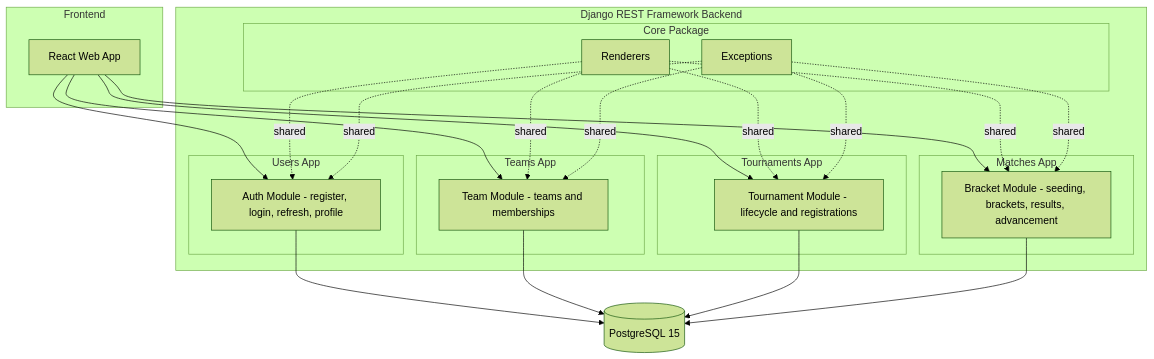
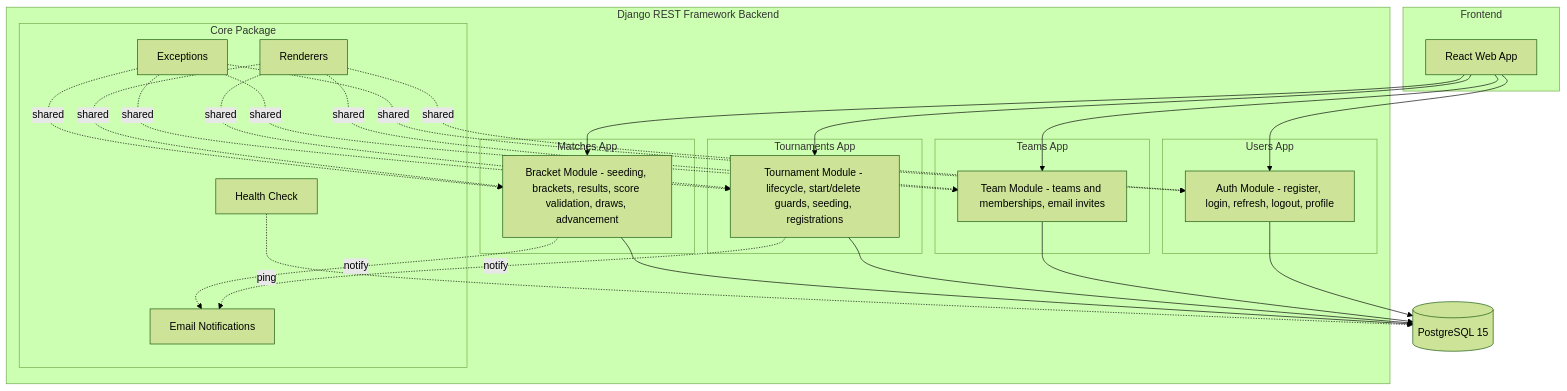
The diagram in docs/diagrams/module-diagram.md (GOWTHAM-MG-2006/esports-tournament-management-platform), drawn with Mermaid (forest theme) before and after one commit. The commit also changed other lines of this file and 5 other files, not shown here.

Commit message:
docs: refresh readme, changelog and architecture diagrams as-built

````diff
--- a/docs/diagrams/module-diagram.md
+++ b/docs/diagrams/module-diagram.md
@@ -3,44 +3,49 @@
 ```mermaid
 graph TB
     subgraph Frontend[Frontend]
         UI[React Web App]
     end
 
     subgraph Backend[Django REST Framework Backend]
         subgraph UsersApp[Users App]
-            Auth[Auth Module - register, login, refresh, profile]
+            Auth[Auth Module - register, login, refresh, logout, profile]
         end
         subgraph TeamsApp[Teams App]
-            TeamService[Team Module - teams and memberships]
+            TeamService[Team Module - teams and memberships, email invites]
         end
         subgraph TournamentsApp[Tournaments App]
-            TournamentService[Tournament Module - lifecycle and registrations]
+            TournamentService[Tournament Module - lifecycle, start/delete guards, seeding, registrations]
         end
         subgraph MatchesApp[Matches App]
-            BracketService[Bracket Module - seeding, brackets, results, advancement]
+            BracketService[Bracket Module - seeding, brackets, results, score validation, draws, advancement]
         end
         subgraph Core[Core Package]
             Renderers[Renderers]
             Exceptions[Exceptions]
+            Health[Health Check]
+            Email[Email Notifications]
         end
     end
 
     DB[(PostgreSQL 15)]
 
     UI --> Auth
     UI --> TeamService
     UI --> TournamentService
     UI --> BracketService
     Auth --> DB
     TeamService --> DB
     TournamentService --> DB
     BracketService --> DB
     Renderers -. shared .-> Auth
     Renderers -. shared .-> TeamService
     Renderers -. shared .-> TournamentService
     Renderers -. shared .-> BracketService
     Exceptions -. shared .-> Auth
     Exceptions -. shared .-> TeamService
     Exceptions -. shared .-> TournamentService
     Exceptions -. shared .-> BracketService
+    Health -. ping .-> DB
+    TournamentService -. notify .-> Email
+    BracketService -. notify .-> Email
 ```
````
